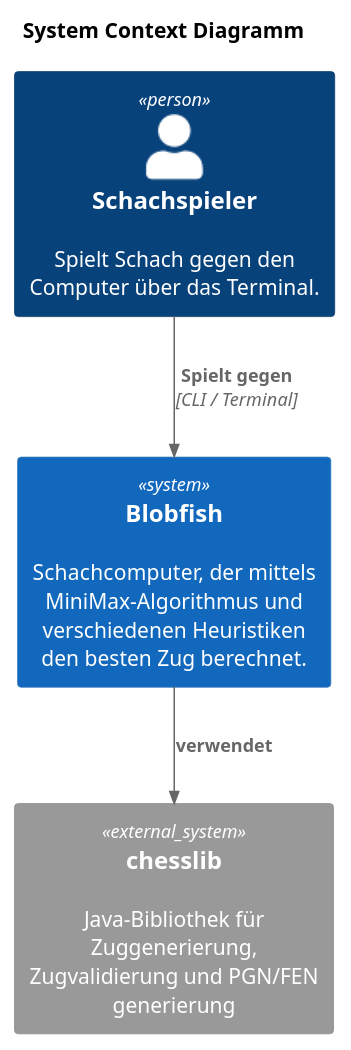
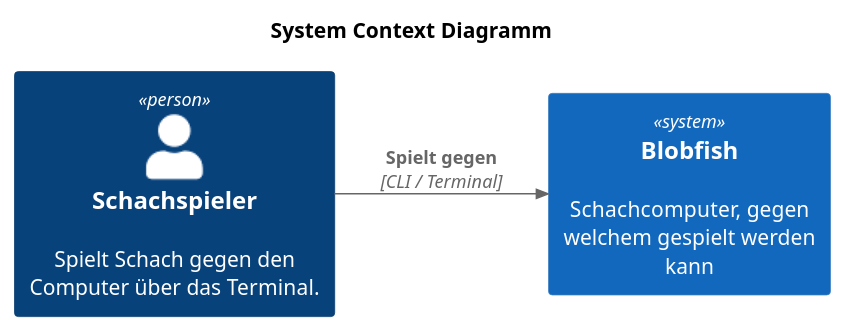
One commit to l2c0r3/blobfish changed the diagram in docs/plantuml/c4/c4-context.puml. Above: the diagram before and after it, drawn with PlantUML. The commit also changed 2 other files, not shown here.

```diff
--- a/docs/plantuml/c4/c4-context.puml
+++ b/docs/plantuml/c4/c4-context.puml
@@ -1,15 +1,14 @@
 @startuml
 !include <C4/C4_Context>
+
+LAYOUT_LEFT_RIGHT()
 
 title System Context Diagramm
 
 Person(player, "Schachspieler", "Spielt Schach gegen den Computer über das Terminal.")
 
-System(blobfish, "Blobfish", "Schachcomputer, der mittels MiniMax-Algorithmus und verschiedenen Heuristiken den besten Zug berechnet.")
-
-System_Ext(chesslib, "chesslib", "Java-Bibliothek für Zuggenerierung, Zugvalidierung und PGN/FEN generierung")
+System(blobfish, "Blobfish", "Schachcomputer, gegen welchem gespielt werden kann")
 
 Rel(player, blobfish, "Spielt gegen", "CLI / Terminal")
-Rel(blobfish, chesslib, "verwendet")
 
 @enduml
```
